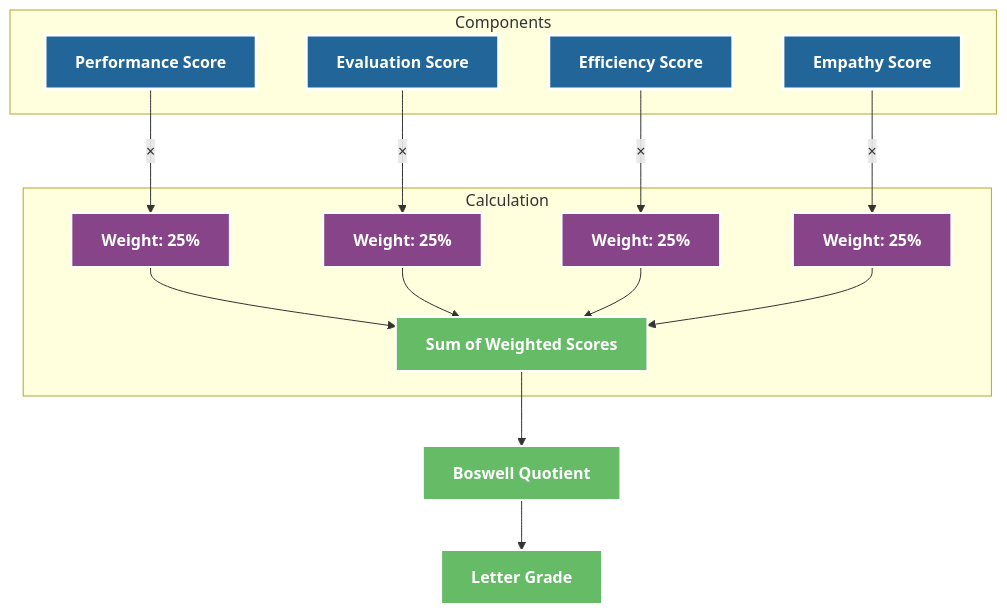
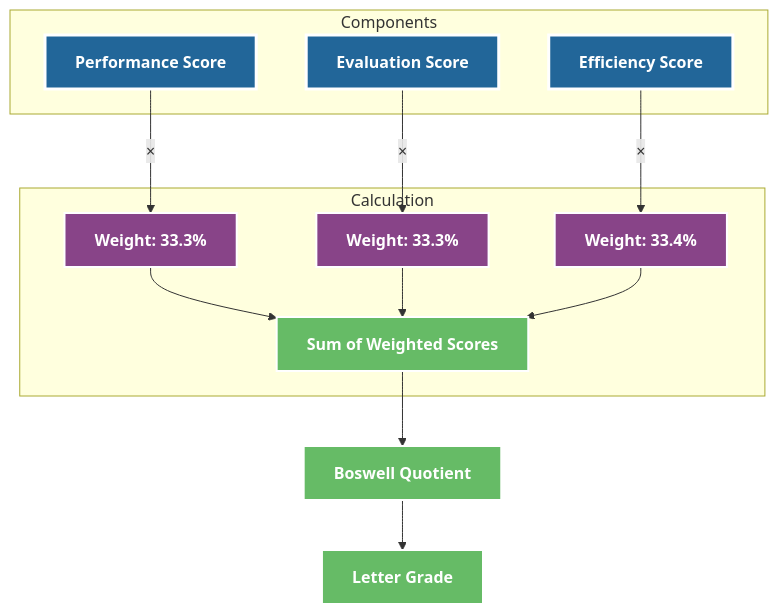
The third of 3 diagrams in docs/technical/model_interaction.md (referential-ai/boswell-test), drawn with Mermaid before and after one commit. The commit also changed other lines of this file, not shown here.

Commit message:
incremental...

````diff
--- a/docs/technical/model_interaction.md
+++ b/docs/technical/model_interaction.md
@@ -202,38 +199,34 @@
 ```mermaid
 flowchart TD
     subgraph Components
         P[Performance Score]
         E[Evaluation Score]
-        Ef[Efficiency Score]
-        Em[Empathy Score]
+        Ef[Efficiency Score]        
     end
     
     subgraph Calculation
-        W1[Weight: 25%]
-        W2[Weight: 25%]
-        W3[Weight: 25%]
-        W4[Weight: 25%]
+        W1[Weight: 33.3%]
+        W2[Weight: 33.3%]
+        W3[Weight: 33.4%]
         
         P --> |×| W1
         E --> |×| W2
         Ef --> |×| W3
-        Em --> |×| W4
         
         W1 --> Sum
         W2 --> Sum
         W3 --> Sum
-        W4 --> Sum
         Sum[Sum of Weighted Scores]
     end
     
     Sum --> BQ[Boswell Quotient]
     BQ --> Grade[Letter Grade]
     
     classDef componentNode fill:#226699,stroke:#fff,stroke-width:3px,color:#fff,font-weight:bold
     classDef weightNode fill:#884488,stroke:#fff,stroke-width:2px,color:#fff,font-weight:bold
     classDef resultNode fill:#66BB66,stroke:#fff,stroke-width:2px,color:#fff,font-weight:bold
     
-    class P,E,Ef,Em componentNode
-    class W1,W2,W3,W4 weightNode
+    class P,E,Ef componentNode
+    class W1,W2,W3 weightNode
     class Sum,BQ,Grade resultNode
 ```
````
